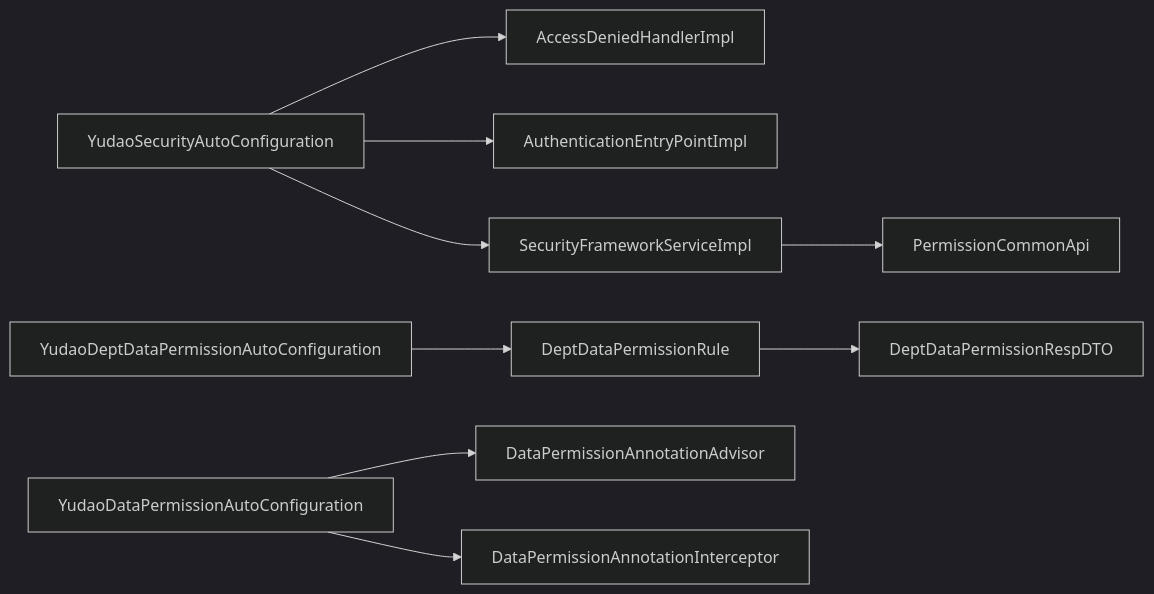
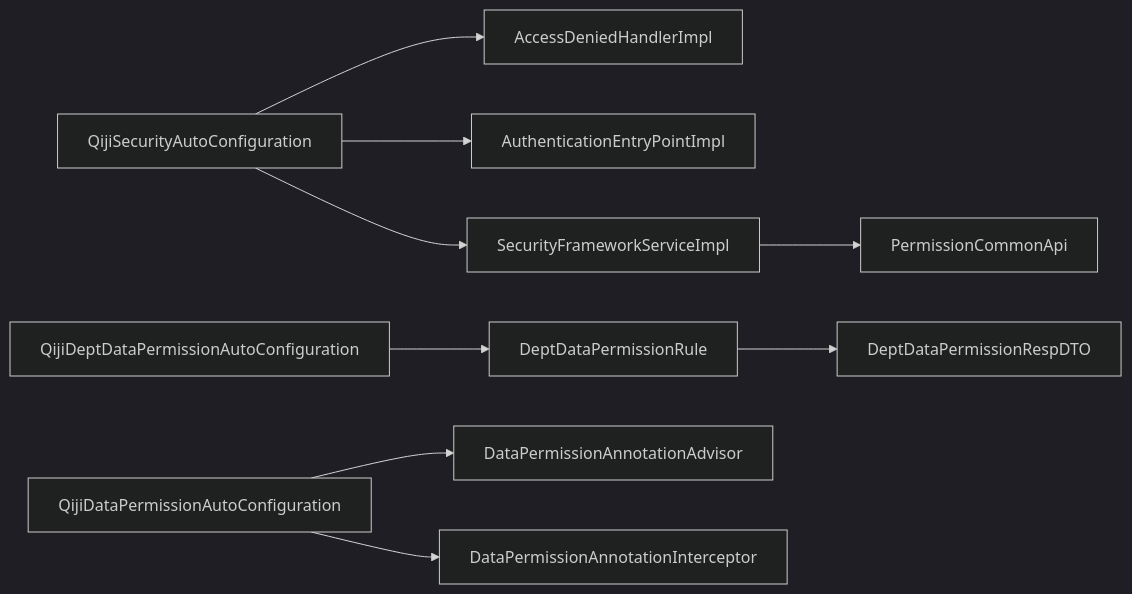
One commit to zhuangpengLI/AgenticCPS changed the seventh of 7 diagrams in backend/.qoder/repowiki/zh/content/安全与权限/API安全防护/权限控制.md. Above: the diagram before and after it, drawn with Mermaid (dark theme). The commit also changed other lines of this file and 3489 other files, not shown here.

````diff
--- a/backend/.qoder/repowiki/zh/content/安全与权限/API安全防护/权限控制.md
+++ b/backend/.qoder/repowiki/zh/content/安全与权限/API安全防护/权限控制.md
@@ -321,11 +321,11 @@
 ```mermaid
 graph LR
-A["YudaoSecurityAutoConfiguration"] --> B["AccessDeniedHandlerImpl"]
+A["QijiSecurityAutoConfiguration"] --> B["AccessDeniedHandlerImpl"]
 A --> C["AuthenticationEntryPointImpl"]
 A --> D["SecurityFrameworkServiceImpl"]
-E["YudaoDeptDataPermissionAutoConfiguration"] --> F["DeptDataPermissionRule"]
-G["YudaoDataPermissionAutoConfiguration"] --> H["DataPermissionAnnotationAdvisor"]
+E["QijiDeptDataPermissionAutoConfiguration"] --> F["DeptDataPermissionRule"]
+G["QijiDataPermissionAutoConfiguration"] --> H["DataPermissionAnnotationAdvisor"]
 G --> I["DataPermissionAnnotationInterceptor"]
 D --> J["PermissionCommonApi"]
 F --> K["DeptDataPermissionRespDTO"]
 ```
````
